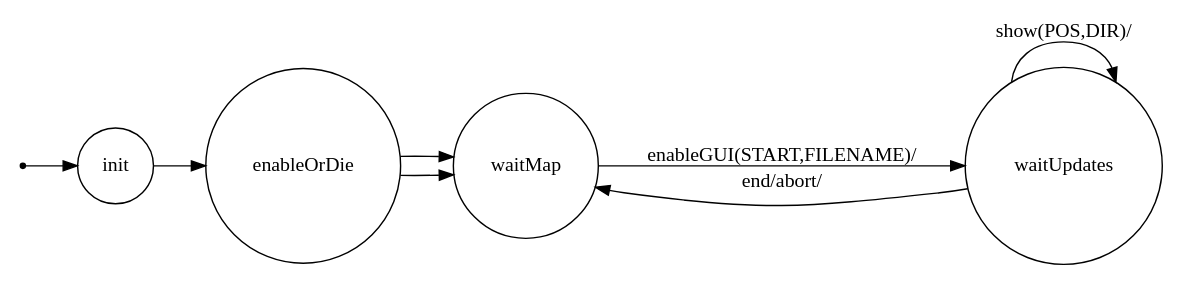
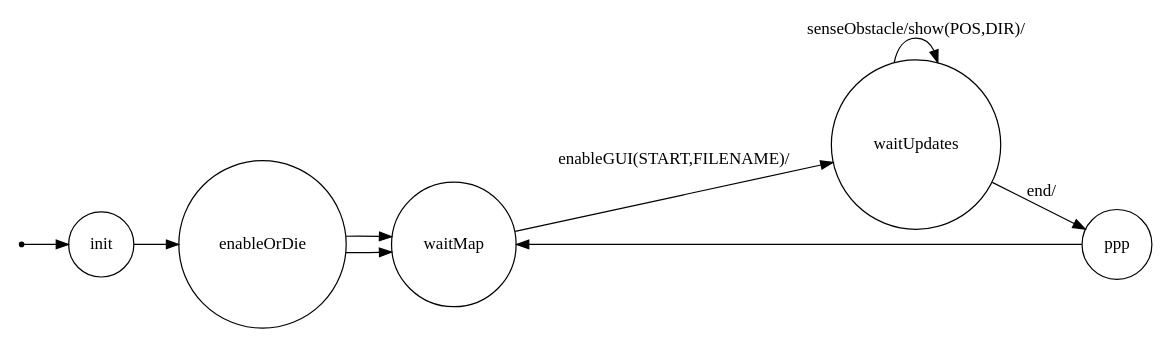
One commit to dariopasquali/IOT_Planning changed the diagram in SCOUT_PROJECT/it.unibo.iot.pasquali.scout.Robot/srcMore/it/unibo/guimanager/dotFsm.gv. Above: the diagram before and after it, drawn with Graphviz. The commit also changed 327 other files, not shown here.

```diff
--- a/SCOUT_PROJECT/it.unibo.iot.pasquali.scout.Robot/srcMore/it/unibo/guimanager/dotFsm.gv
+++ b/SCOUT_PROJECT/it.unibo.iot.pasquali.scout.Robot/srcMore/it/unibo/guimanager/dotFsm.gv
@@ -1,28 +1,30 @@
 /*
 *
 * A GraphViz DOT FSM description 
 * Please use a GraphViz visualizer (like http://www.webgraphviz.com)
 * 
 * Generated by AM,NC,RM
 *  
 */
  
 digraph finite_state_machine {
   	rankdir=LR;
   	size="8,5"
   	node [shape = point]; iniziale;
   	node [shape = doublecircle]; 
   	node [shape = circle];
   	iniziale -> init [label = ""];
   	
   	
   	init -> enableOrDie [ label = ""];
   	
   	enableOrDie -> waitMap [ label = ""];
   	enableOrDie -> waitMap [ label = ""];
   	
   	waitMap -> waitUpdates [ label = "enableGUI(START,FILENAME)/"];
   	
-  	waitUpdates -> waitUpdates [ label = "show(POS,DIR)/"];
-  	waitUpdates -> waitMap [ label = "end/abort/"];
+  	waitUpdates -> waitUpdates [ label = "senseObstacle/show(POS,DIR)/"];
+  	waitUpdates -> ppp [ label = "end/"];
+  	
+  	ppp -> waitMap [ label = ""];
 }
```
